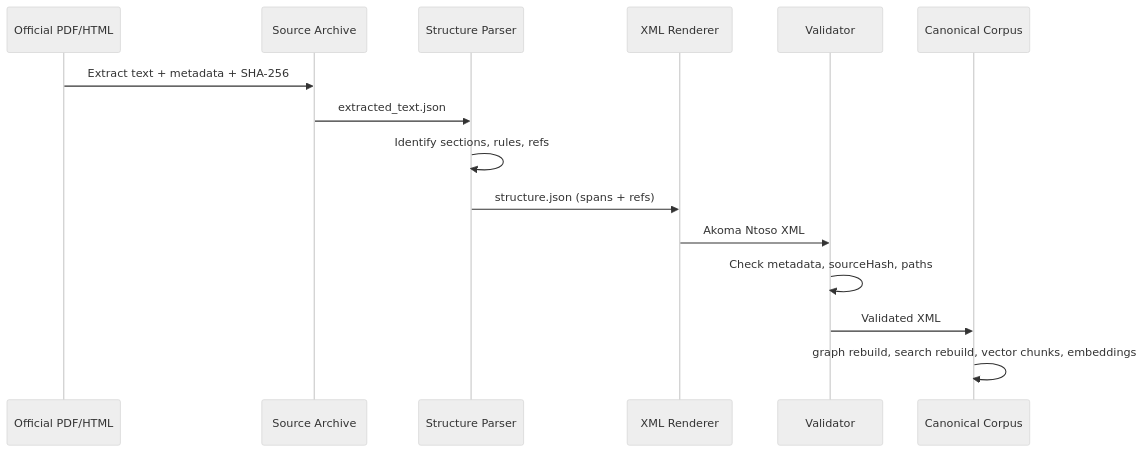
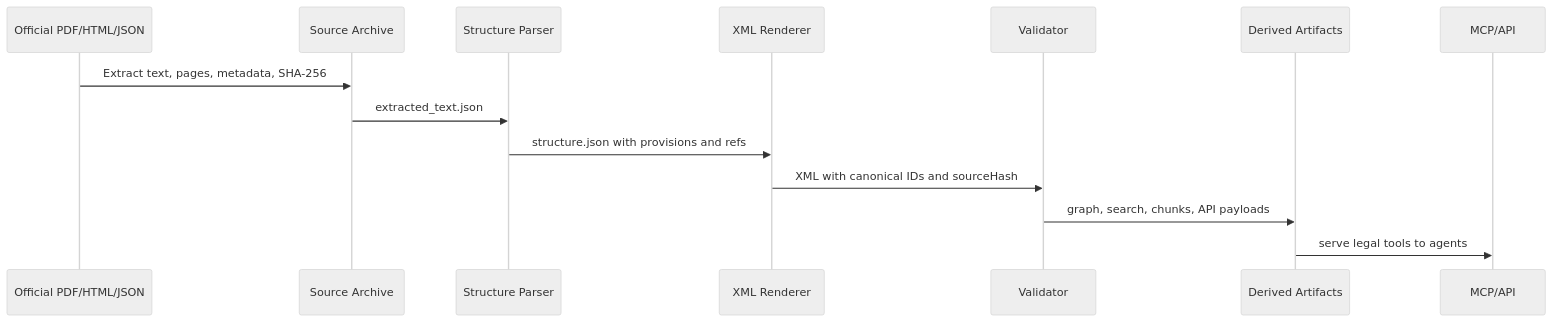
The second of 2 diagrams in README.md (shikharpant/nyaya-ledger), drawn with Mermaid (neutral theme) before and after one commit. The commit also changed other lines of this file, not shown here.

Commit message:
Rewrite README around agent-ready MCP layer

````diff
--- a/README.md
+++ b/README.md
@@ -522,18 +301,17 @@
 ```mermaid
 sequenceDiagram
-    participant Source as Official PDF/HTML
+    participant Source as Official PDF/HTML/JSON
     participant Archive as Source Archive
     participant Parser as Structure Parser
     participant Renderer as XML Renderer
     participant Validator as Validator
-    participant Corpus as Canonical Corpus
+    participant Derived as Derived Artifacts
+    participant MCP as MCP/API
 
-    Source->>Archive: Extract text + metadata + SHA-256
+    Source->>Archive: Extract text, pages, metadata, SHA-256
     Archive->>Parser: extracted_text.json
-    Parser->>Parser: Identify sections, rules, refs
-    Parser->>Renderer: structure.json (spans + refs)
-    Renderer->>Validator: Akoma Ntoso XML
-    Validator->>Validator: Check metadata, sourceHash, paths
-    Validator->>Corpus: Validated XML
-    Corpus->>Corpus: graph rebuild, search rebuild, vector chunks, embeddings
+    Parser->>Renderer: structure.json with provisions and refs
+    Renderer->>Validator: XML with canonical IDs and sourceHash
+    Validator->>Derived: graph, search, chunks, API payloads
+    Derived->>MCP: serve legal tools to agents
 ```
````
